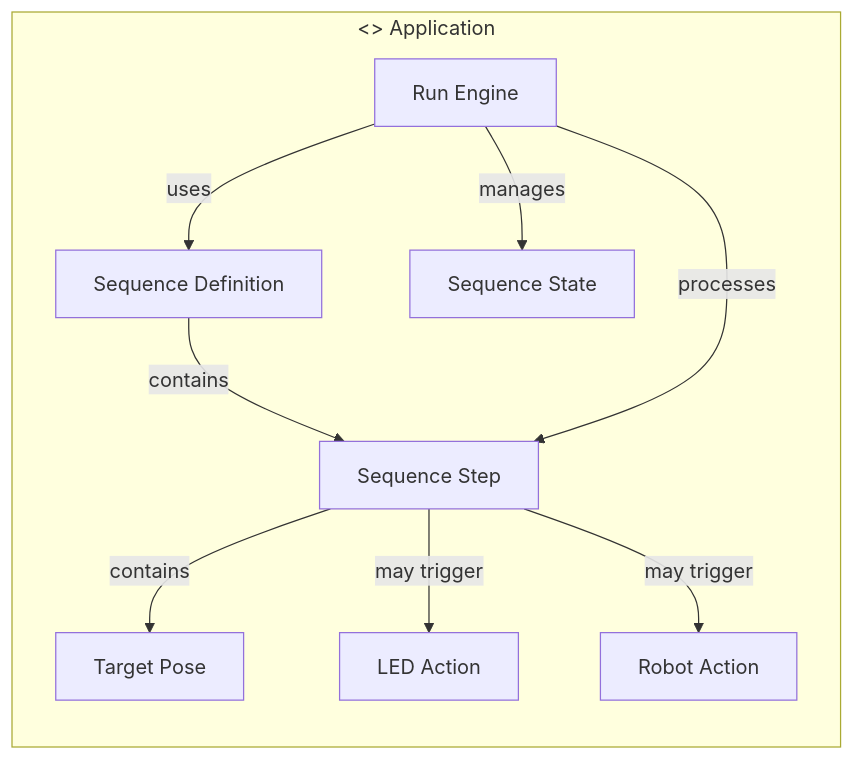
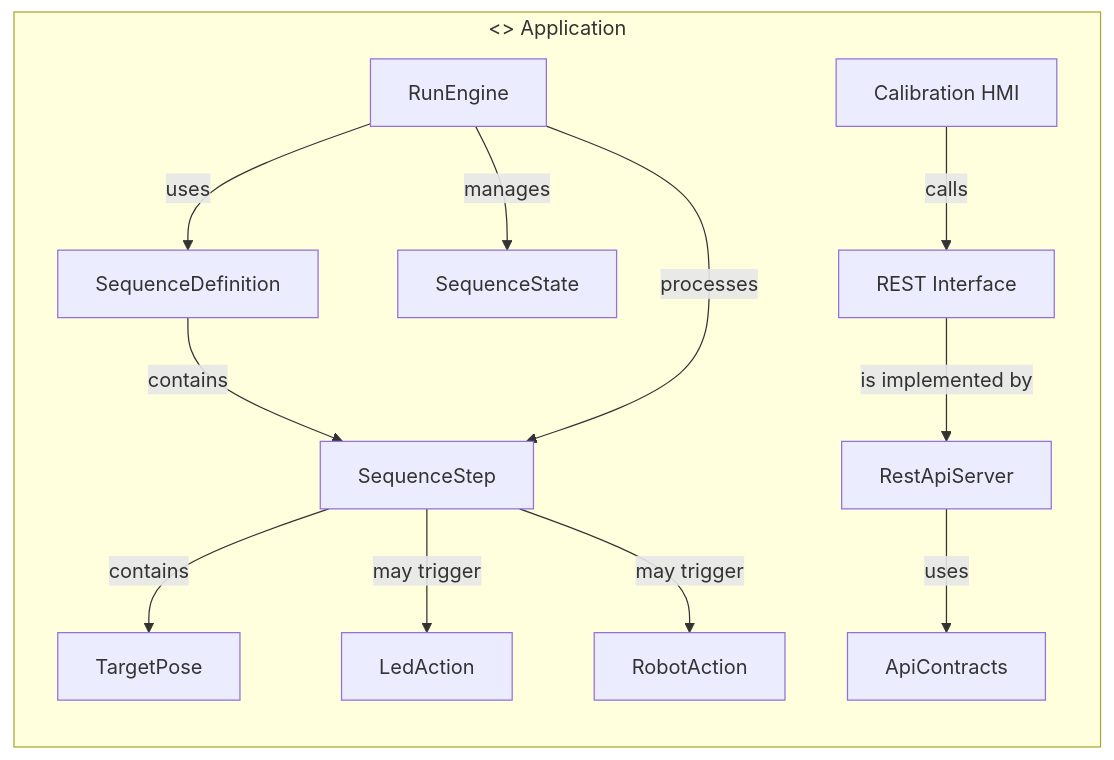
Before and after one commit to butz1999/inverse_kinematik: the second of 7 diagrams in doc/projektbeschreibung.md, drawn with Mermaid. The commit also changed other lines of this file, not shown here.

Commit message:
Doku Konsistenzprüfung Architekturdiagramme

````diff
--- a/doc/projektbeschreibung.md
+++ b/doc/projektbeschreibung.md
@@ -454,20 +454,27 @@
 ```mermaid
 flowchart LR
     subgraph APP["<<component>> Application"]
-        A1[Run Engine]
-        A2[Sequence Definition]
-        A3[Sequence Step]
-        A4[Sequence State]
-        A5[LED Action]
-        A6[Robot Action]
-        A7[Target Pose]
+        A1[RunEngine]
+        A2[SequenceDefinition]
+        A3[SequenceStep]
+        A4[SequenceState]
+        A5[LedAction]
+        A6[RobotAction]
+        A7[TargetPose]
+        A8[REST Interface]
+        A9[RestApiServer]
+        A10[Calibration HMI]
+        A11[ApiContracts]
 
         A2 -->|contains| A3
         A1 -->|uses| A2
         A1 -->|processes| A3
         A1 -->|manages| A4
         A3 -->|contains| A7
         A3 -->|may trigger| A5
         A3 -->|may trigger| A6
+        A10 -->|calls| A8
+        A8 -->|is implemented by| A9
+        A9 -->|uses| A11
     end
 ```
````
